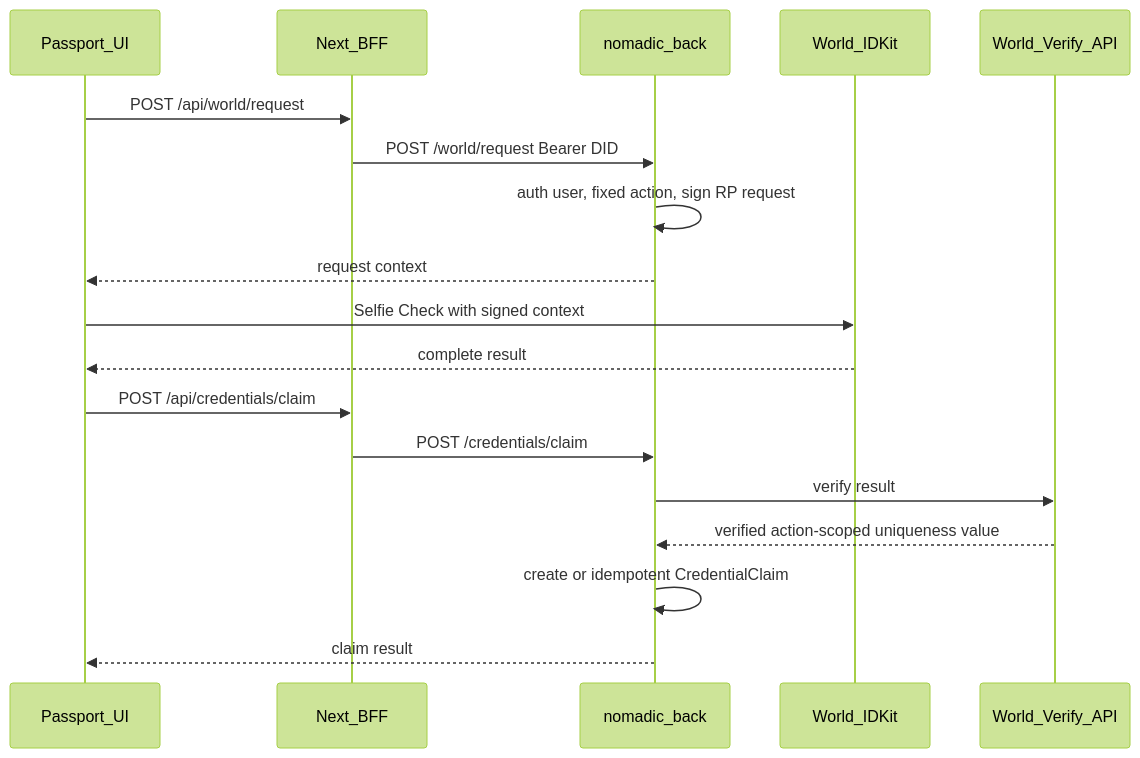
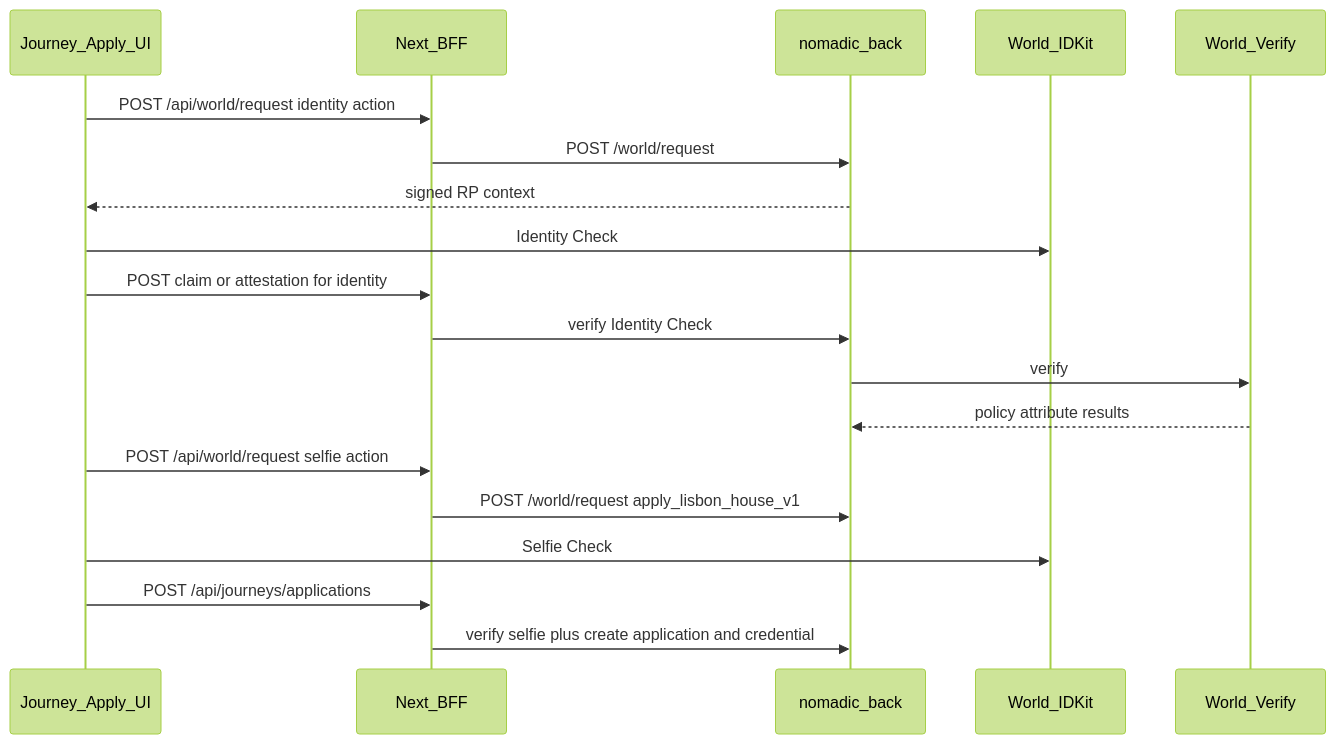
Before and after one commit to Nomadic-Accelerationism/nomadic-front: the diagram in docs/LISBON_ARCHITECTURE.md, drawn with Mermaid (forest theme). The commit also changed other lines of this file and 5 other files, not shown here.

First line of the commit message:
docs: re-center Lisbon P0 on Journey and five entities

````diff
--- a/docs/LISBON_ARCHITECTURE.md
+++ b/docs/LISBON_ARCHITECTURE.md
@@ -191,21 +90,22 @@
 ```mermaid
 sequenceDiagram
-  participant UI as Passport_UI
+  participant UI as Journey_Apply_UI
   participant BFF as Next_BFF
   participant API as nomadic_back
   participant IDKit as World_IDKit
-  participant WorldAPI as World_Verify_API
+  participant WorldAPI as World_Verify
 
-  UI->>BFF: POST /api/world/request
-  BFF->>API: POST /world/request Bearer DID
-  API->>API: auth user, fixed action, sign RP request
-  API-->>UI: request context
-  UI->>IDKit: Selfie Check with signed context
-  IDKit-->>UI: complete result
-  UI->>BFF: POST /api/credentials/claim
-  BFF->>API: POST /credentials/claim
-  API->>WorldAPI: verify result
-  WorldAPI-->>API: verified action-scoped uniqueness value
-  API->>API: create or idempotent CredentialClaim
-  API-->>UI: claim result
+  UI->>BFF: POST /api/world/request identity action
+  BFF->>API: POST /world/request
+  API-->>UI: signed RP context
+  UI->>IDKit: Identity Check
+  UI->>BFF: POST claim or attestation for identity
+  BFF->>API: verify Identity Check
+  API->>WorldAPI: verify
+  WorldAPI-->>API: policy attribute results
+  UI->>BFF: POST /api/world/request selfie action
+  BFF->>API: POST /world/request apply_lisbon_house_v1
+  UI->>IDKit: Selfie Check
+  UI->>BFF: POST /api/journeys/applications
+  BFF->>API: verify selfie plus create application and credential
 ```
````
